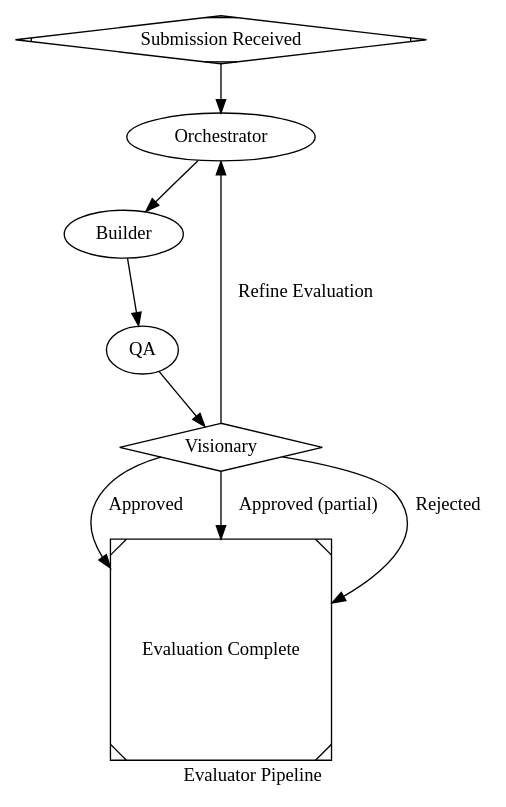
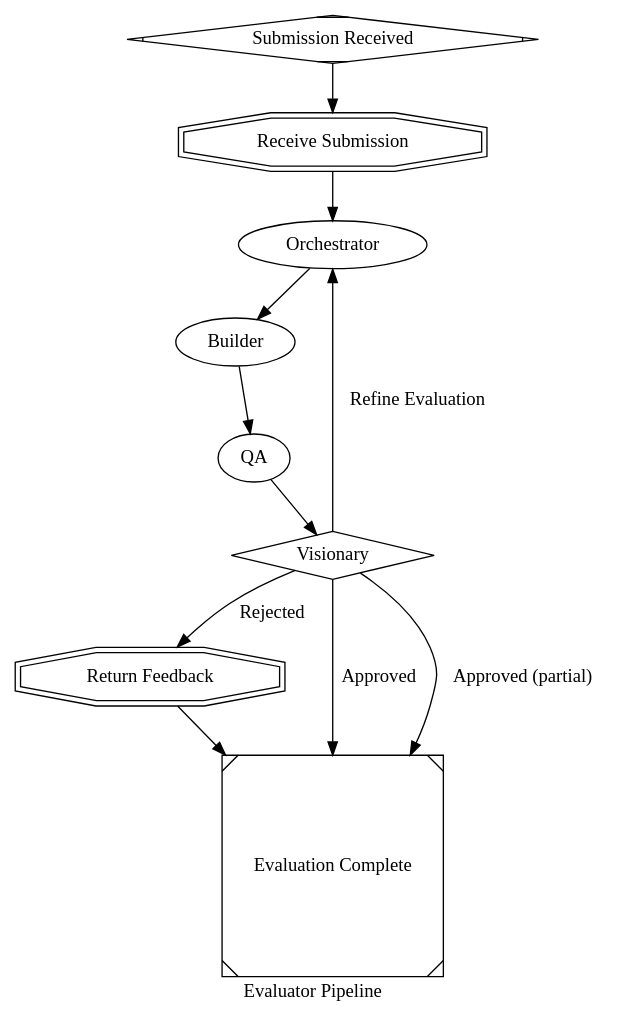
Before and after one commit to bencivjan/attractor-go: the diagram in attractor/pipelines/evaluator.dot, drawn with Graphviz. The commit also changed 2 other files, not shown here.

Commit message:
Add communication nodes to developer/evaluator and create factory pipeline
Developer pipeline gets submit_for_evaluation (outbound) and
evaluation_feedback (inbound) doubleoctagon communication nodes.

Evaluator pipeline gets receive_submission (inbound) and
return_feedback (outbound) doubleoctagon communication nodes.

Factory pipeline wires both end-to-end: developer QA pass hands off
to eval_orchestrator, eval visionary FAIL feeds back to implement.

```diff
--- a/attractor/pipelines/evaluator.dot
+++ b/attractor/pipelines/evaluator.dot
@@ -1,121 +1,152 @@
 // Evaluator Pipeline
 //
 // A four-stage evaluation pipeline that reviews submissions against a
 // high-level vision. An orchestrator delegates work, a builder constructs
 // the testing tools, QA exercises those tools, and a visionary judges
 // whether the result satisfies the original goal.
 //
 // Stages:
 //   1. Orchestrator   (Claude Opus)  — receive submission, delegate tasks
 //   2. Builder        (Codex 5.3)    — build tools/harnesses for QA
 //   3. QA             (Claude Opus)  — run tools against the submission
 //   4. Visionary      (Claude Opus)  — judge against goal, return feedback
 //
 // On visionary rejection the pipeline loops back to the orchestrator with
 // feedback so it can refine its delegation plan and re-run builder + QA.
 
 digraph evaluator {
     goal = "Evaluate a submission against the project vision and return structured feedback"
     label = "Evaluator Pipeline"
     default_max_retry = "3"
     fallback_retry_target = "builder"
 
     model_stylesheet = "
         * {
             reasoning_effort: high;
         }
     "
 
     // -----------------------------------------------------------------------
     // Start
     // -----------------------------------------------------------------------
     start [shape=Mdiamond, label="Submission Received"]
+
+    // -----------------------------------------------------------------------
+    // Communication — Inbound (receive developer submission)
+    //
+    // In standalone mode this is a pass-through from start. In the combined
+    // factory pipeline the developer's QA-passed output enters here.
+    // -----------------------------------------------------------------------
+    receive_submission [
+        shape     = "doubleoctagon"
+        type      = "communication"
+        direction = "inbound"
+        label     = "Receive Submission"
+    ]
 
     // -----------------------------------------------------------------------
     // Phase 1 — Orchestrator (Claude Opus)
     //
     // Receives the submission and the project vision. Analyzes what needs
     // to be evaluated, then produces a delegation plan: what tools the
     // builder should create and what aspects QA should verify.
     // -----------------------------------------------------------------------
     orchestrator [
         label       = "Orchestrator"
         prompt      = "You are an evaluation orchestrator. You have received a submission and the project's high-level vision in $goal.\n\nIf this is a fresh evaluation, start from scratch. If the visionary has returned feedback from a previous evaluation round, you MUST incorporate that feedback — the visionary's concerns take priority. Adjust your delegation plan to address every issue the visionary raised. Do not repeat evaluation approaches that already failed to surface the right information.\n\nYour job:\n1. Understand the submission — what was built, what changed, what claims are made\n2. Understand the vision — what the project is supposed to achieve\n3. If visionary feedback exists, understand what was unclear or insufficient in the previous evaluation and why\n4. Identify evaluation dimensions — correctness, completeness, alignment with vision, quality\n5. Produce a delegation plan with two sections:\n   a. BUILDER TASKS — specific tools, test harnesses, scripts, or fixtures the builder must create so QA can exercise the submission (e.g. integration tests, load generators, mock servers, CLI wrappers)\n   b. QA CHECKLIST — specific checks QA must perform using those tools, each tied to a success criterion from the vision\n\nBe precise. Every builder task must have a clear purpose and every QA check must be verifiable."
         model       = "claude-opus-4-6"
         llm_provider = "anthropic"
         goal_gate   = "true"
         max_retries = "2"
     ]
 
     // -----------------------------------------------------------------------
     // Phase 2 — Builder (Codex 5.3)
     //
     // Constructs the tools, test harnesses, and fixtures that QA needs to
     // evaluate the submission. Does not judge quality — only builds what
     // the orchestrator requested.
     // -----------------------------------------------------------------------
     builder [
         label       = "Builder"
         prompt      = "You are a toolsmith. Given the orchestrator's delegation plan in context, build every tool and harness listed under BUILDER TASKS.\n\nFor each tool:\n1. Write clean, runnable code that QA can invoke directly\n2. Include clear usage instructions (CLI flags, env vars, expected inputs/outputs)\n3. Handle setup and teardown so tools are self-contained\n4. Output structured results (JSON or plain-text with parseable markers) so QA can programmatically check outcomes\n5. Cover edge cases mentioned in the delegation plan\n\nDo NOT evaluate the submission yourself. Your only job is to produce the tools QA will use."
         model       = "gpt-5.3-codex"
         llm_provider = "openai"
         goal_gate   = "true"
         max_retries = "3"
         retry_target = "builder"
     ]
 
     // -----------------------------------------------------------------------
     // Phase 3 — QA (Claude Opus)
     //
     // Exercises the builder's tools against the submission, following the
     // orchestrator's QA checklist. Produces a structured evaluation report.
     // -----------------------------------------------------------------------
     qa [
         label       = "QA"
         prompt      = "You are a QA engineer. Using the tools built by the builder and the QA CHECKLIST from the orchestrator, evaluate the submission.\n\nFor each checklist item:\n1. Run the relevant tool or harness against the submission\n2. Record the raw output\n3. Determine PASS or FAIL with a brief justification\n4. Note any unexpected behavior, even if the check passes\n\nProduce a structured evaluation report with:\n- Summary — overall pass/fail count and health assessment\n- Per-check results — checklist item, tool used, outcome, evidence\n- Observations — anything noteworthy not covered by the checklist\n\nBe objective. Report what happened, not what you think should happen."
         model       = "claude-opus-4-6"
         llm_provider = "anthropic"
         goal_gate   = "true"
         max_retries = "2"
     ]
 
     // -----------------------------------------------------------------------
     // Phase 4 — Visionary (Claude Opus)
     //
     // Holds the high-level project vision. Reads the QA report and judges
     // whether the submission fulfills the vision. On failure, produces
     // actionable feedback for the submitter.
     // -----------------------------------------------------------------------
     visionary [
         shape       = "diamond"
         type        = "conditional"
         label       = "Visionary"
         prompt      = "You are the visionary — the keeper of the project's high-level goal described in $goal. You have the QA evaluation report in context.\n\nYour job is to judge the submission against the vision, not just the checklist:\n1. Vision alignment — does the submission move the project toward its goal?\n2. Completeness — are there gaps between what was delivered and what the vision requires?\n3. Quality bar — does the work meet the standard the vision implies?\n4. Regression — does the submission break or weaken anything that previously worked?\n5. Evaluation quality — was the evaluation itself sufficient? Did the QA checklist and tools actually test the right things, or did the orchestrator miss critical dimensions?\n\nIf the submission SATISFIES the vision: respond with status SUCCESS and a brief summary of what was achieved.\n\nIf the EVALUATION ITSELF was insufficient (wrong tools, missing checks, unclear results, didn't test what matters to the vision): respond with status RETRY and provide feedback for the orchestrator:\n   a. What the evaluation failed to cover or got wrong\n   b. What dimensions the orchestrator should focus on in the next round\n   c. Specific tools or checks that should be added, changed, or removed\n   This feedback goes back to the orchestrator to refine the delegation plan.\n\nIf the submission FALLS SHORT and the evaluation was thorough: respond with status FAIL and provide structured feedback for the submitter:\n   a. What specifically is missing or wrong (reference QA evidence)\n   b. Why it matters to the vision\n   c. Concrete suggestions for what the submitter should do next"
         model       = "claude-opus-4-6"
         llm_provider = "anthropic"
         goal_gate   = "true"
         max_retries = "2"
     ]
 
     // -----------------------------------------------------------------------
+    // Communication — Outbound (return rejection feedback to developer)
+    //
+    // In standalone mode this flows through to exit. In the combined factory
+    // pipeline the rejection feedback routes back to the developer's
+    // implementation stage.
+    // -----------------------------------------------------------------------
+    return_feedback [
+        shape     = "doubleoctagon"
+        type      = "communication"
+        direction = "outbound"
+        label     = "Return Feedback"
+    ]
+
+    // -----------------------------------------------------------------------
     // Exit
     // -----------------------------------------------------------------------
     exit [shape=Msquare, label="Evaluation Complete"]
 
     // -----------------------------------------------------------------------
     // Edges
     // -----------------------------------------------------------------------
-    start        -> orchestrator
-    orchestrator -> builder
-    builder      -> qa
-    qa           -> visionary
+    start              -> receive_submission
+    receive_submission -> orchestrator
+    orchestrator       -> builder
+    builder            -> qa
+    qa                 -> visionary
 
     // Visionary gate:
     //   - success exits with approval
     //   - retry loops back to orchestrator (evaluation was insufficient)
-    //   - fail exits with rejection feedback for the submitter
-    visionary -> exit         [condition="outcome=success",          label="Approved",              weight="10"]
-    visionary -> exit         [condition="outcome=partial_success",  label="Approved (partial)",     weight="5"]
-    visionary -> orchestrator [condition="outcome=retry",            label="Refine Evaluation",      weight="10"]
-    visionary -> exit         [condition="outcome=fail",             label="Rejected",              weight="10"]
+    //   - fail sends rejection feedback (outbound communication), then exits
+    visionary -> exit             [condition="outcome=success",          label="Approved",              weight="10"]
+    visionary -> exit             [condition="outcome=partial_success",  label="Approved (partial)",     weight="5"]
+    visionary -> orchestrator     [condition="outcome=retry",            label="Refine Evaluation",      weight="10"]
+    visionary -> return_feedback  [condition="outcome=fail",             label="Rejected",              weight="10"]
+
+    // Outbound feedback flows through to exit in standalone mode.
+    return_feedback -> exit
 }
```
